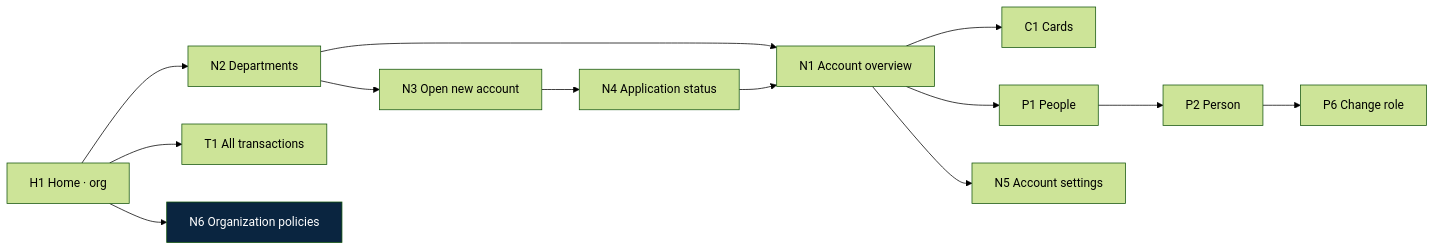
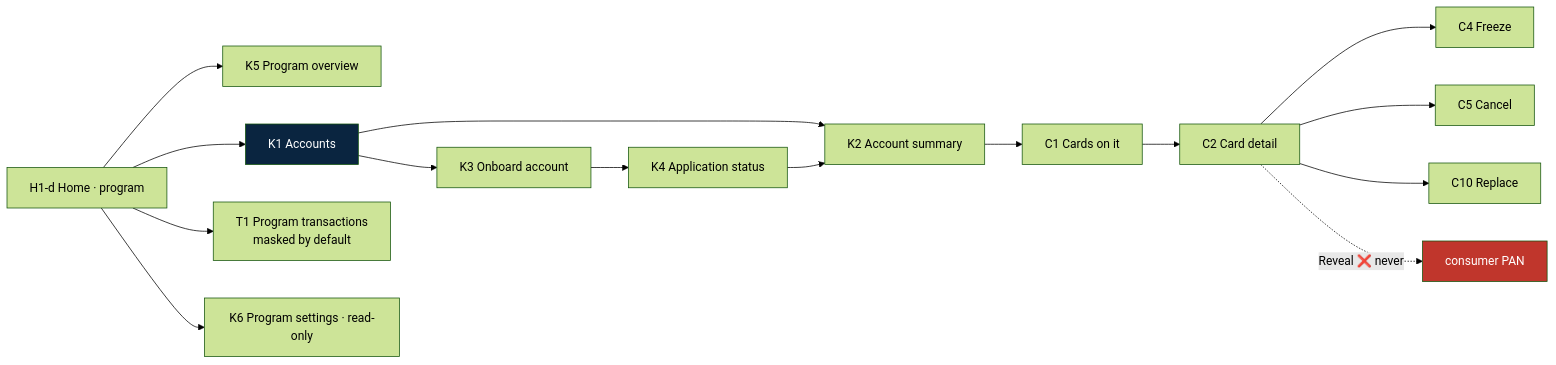
Before and after one commit to yr08ii/card-management-app: the seventh of 10 diagrams in docs/Screens-and-flows.md, drawn with Mermaid (forest theme). The commit also changed other lines of this file and 1 other file, not shown here.

First line of the commit message:
docs: reshape around Pismo object model; add partner card programs

````diff
--- a/docs/Screens-and-flows.md
+++ b/docs/Screens-and-flows.md
@@ -509,14 +452,18 @@
 ```mermaid
 flowchart LR
-    H1["H1 Home · org"] --> N2["N2 Departments"]
-    N2 --> N1["N1 Account overview"]
-    N1 --> C1["C1 Cards"]
-    N1 --> P1["P1 People"]
-    N1 --> N5["N5 Account settings"]
-    N2 --> N3["N3 Open new account"] --> N4["N4 Application status"] --> N1
-    P1 --> P2["P2 Person"] --> P6["P6 Change role"]
-    H1 --> T1["T1 All transactions"]
-    H1 --> N6["N6 Organization policies"]
+    H["H1-d Home · program"] --> K5["K5 Program overview"]
+    H --> K1["K1 Accounts"]
+    K1 --> K2["K2 Account summary"]
+    K1 --> K3["K3 Onboard account"] --> K4["K4 Application status"] --> K2
+    K2 --> C1["C1 Cards on it"]
+    C1 --> C2["C2 Card detail"]
+    C2 --> C4["C4 Freeze"]
+    C2 --> C5["C5 Cancel"]
+    C2 --> C10["C10 Replace"]
+    C2 -.->|"Reveal ❌ never"| X["consumer PAN"]
+    H --> T1["T1 Program transactions<br/>masked by default"]
+    H --> K6["K6 Program settings · read-only"]
 
-    style N6 fill:#0A2540,color:#fff
+    style X fill:#C0362C,color:#fff
+    style K1 fill:#0A2540,color:#fff
 ```
````
